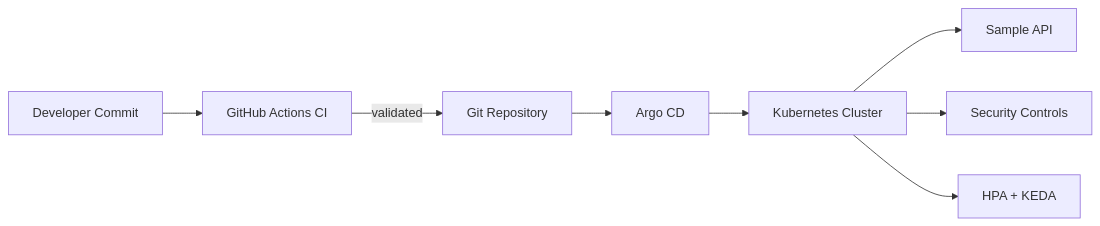
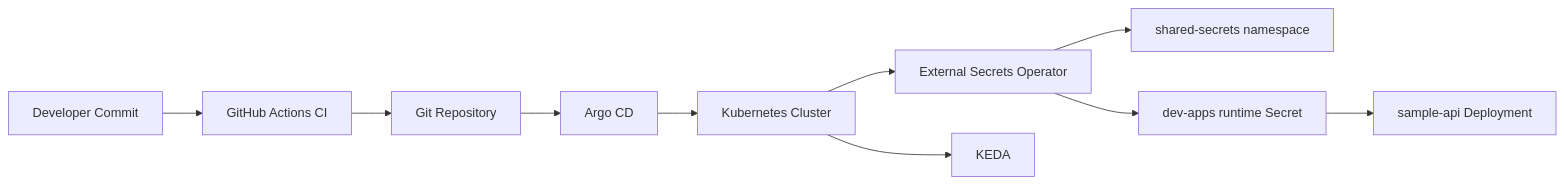
One commit to Kytaalok/k8s-platform-gitops-security-autoscaling changed the diagram in docs/architecture.md. Above: the diagram before and after it, drawn with Mermaid. The commit also changed other lines of this file and 15 other files, not shown here.

Commit message:
feat(secrets): add external-secrets operator and sops workflow

````diff
--- a/docs/architecture.md
+++ b/docs/architecture.md
@@ -16,10 +13,12 @@
 ```mermaid
 flowchart LR
     Dev[Developer Commit] --> CI[GitHub Actions CI]
-    CI -->|validated| Repo[Git Repository]
+    CI --> Repo[Git Repository]
     Repo --> Argo[Argo CD]
     Argo --> Cluster[Kubernetes Cluster]
-    Cluster --> App[Sample API]
-    Cluster --> Sec[Security Controls]
-    Cluster --> Autoscale[HPA + KEDA]
+    Cluster --> ESO[External Secrets Operator]
+    Cluster --> KEDA[KEDA]
+    ESO --> Shared[shared-secrets namespace]
+    ESO --> Runtime[dev-apps runtime Secret]
+    Runtime --> App[sample-api Deployment]
 ```
````
